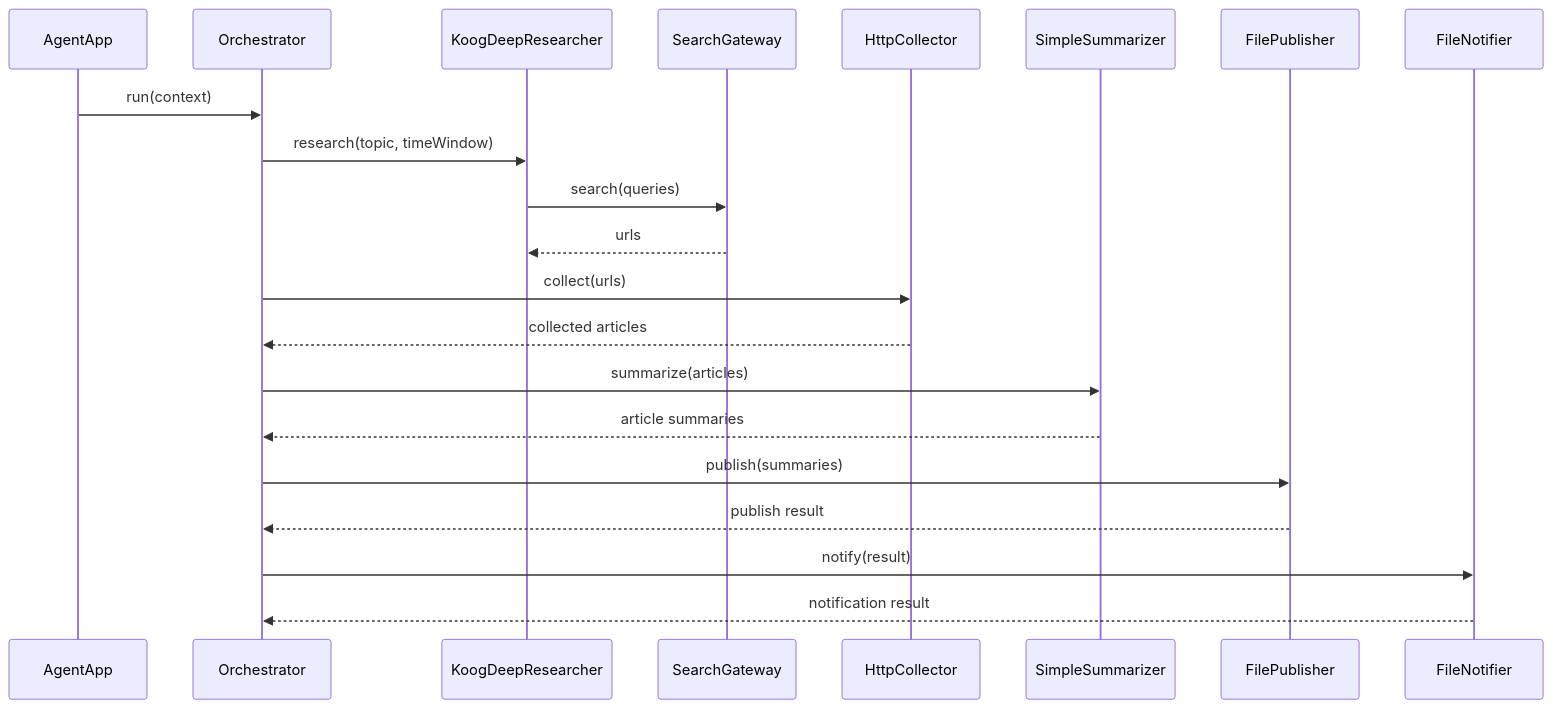
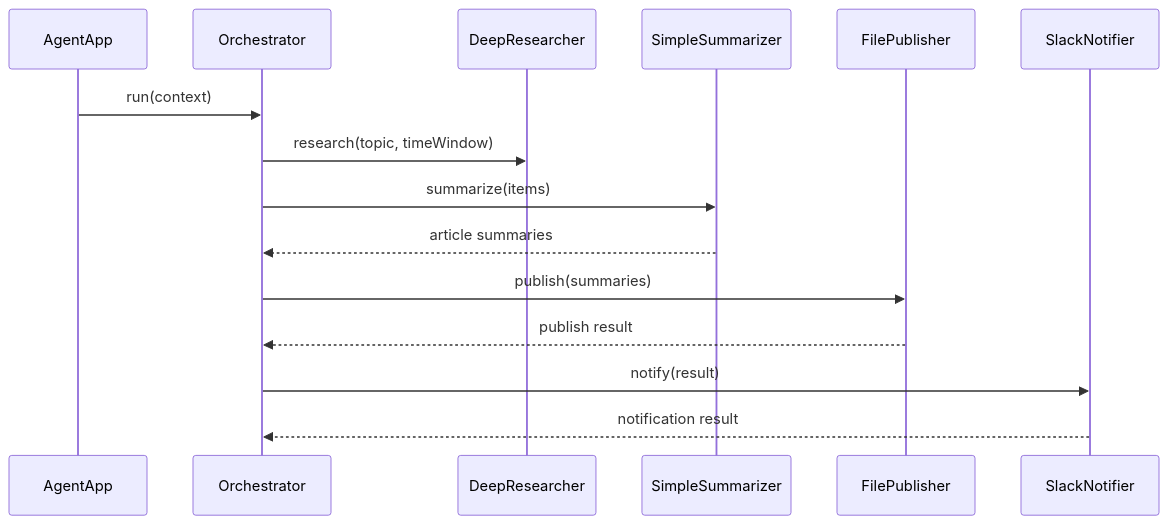
The second of 2 diagrams in README.md (hondaya14/bulknews-agent), drawn with Mermaid before and after one commit. The commit also changed other lines of this file and 21 other files, not shown here.

````diff
--- a/README.md
+++ b/README.md
@@ -41,24 +37,18 @@
 ```mermaid
 sequenceDiagram
   participant App as AgentApp
   participant Orchestrator as Orchestrator
-  participant Researcher as KoogDeepResearcher
-  participant Search as SearchGateway
-  participant Collector as HttpCollector
+  participant Researcher as DeepResearcher
   participant Summarizer as SimpleSummarizer
   participant Publisher as FilePublisher
-  participant Notifier as FileNotifier
+  participant Notifier as SlackNotifier
 
   App->>Orchestrator: run(context)
   Orchestrator->>Researcher: research(topic, timeWindow)
-  Researcher->>Search: search(queries)
-  Search-->>Researcher: urls
-  Orchestrator->>Collector: collect(urls)
-  Collector-->>Orchestrator: collected articles
-  Orchestrator->>Summarizer: summarize(articles)
+  Orchestrator->>Summarizer: summarize(items)
   Summarizer-->>Orchestrator: article summaries
   Orchestrator->>Publisher: publish(summaries)
   Publisher-->>Orchestrator: publish result
   Orchestrator->>Notifier: notify(result)
   Notifier-->>Orchestrator: notification result
 ```
````
